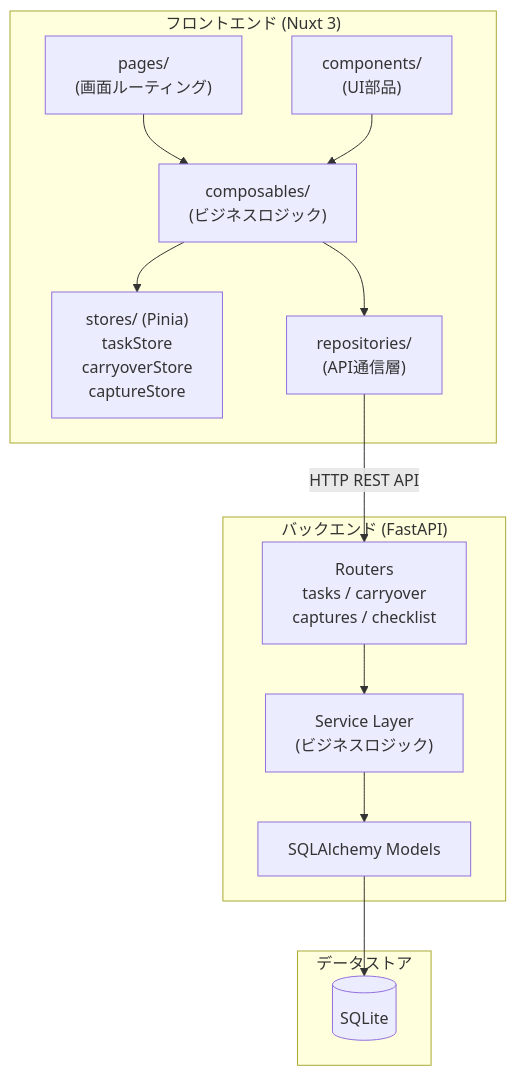
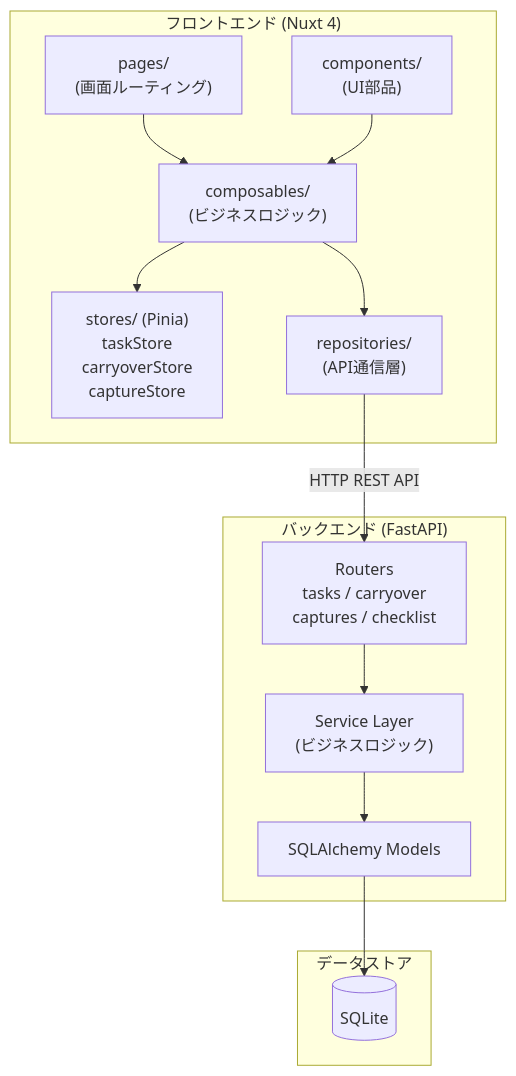
One commit to StartOverFromScratch/task_app changed the fourth of 5 diagrams in documents/design_overview.md. Above: the diagram before and after it, drawn with Mermaid. The commit also changed other lines of this file and 3 other files, not shown here.

````diff
--- a/documents/design_overview.md
+++ b/documents/design_overview.md
@@ -192,29 +192,29 @@
 ```mermaid
 graph TB
-    subgraph Frontend["フロントエンド (Nuxt 3)"]
+    subgraph Frontend["フロントエンド (Nuxt 4)"]
         Pages["pages/\n(画面ルーティング)"]
         Components["components/\n(UI部品)"]
         Composables["composables/\n(ビジネスロジック)"]
         Stores["stores/ (Pinia)\ntaskStore\ncarryoverStore\ncaptureStore"]
         Repositories["repositories/\n(API通信層)"]
     end
 
     subgraph Backend["バックエンド (FastAPI)"]
         Router["Routers\ntasks / carryover\ncaptures / checklist"]
         Service["Service Layer\n(ビジネスロジック)"]
         Models["SQLAlchemy Models"]
     end
 
     subgraph DB["データストア"]
         SQLite[(SQLite)]
     end
 
     Pages --> Composables
     Components --> Composables
     Composables --> Stores
     Composables --> Repositories
     Repositories -->|HTTP REST API| Router
     Router --> Service
     Service --> Models
     Models --> SQLite
 ```
````
